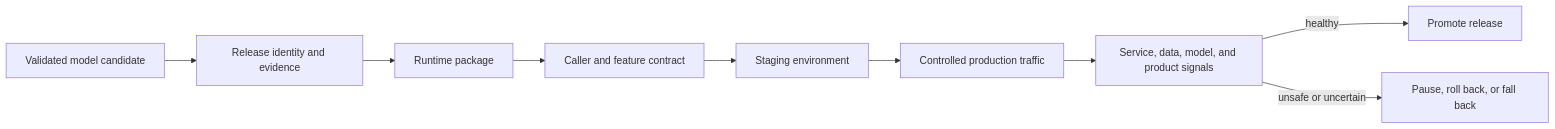
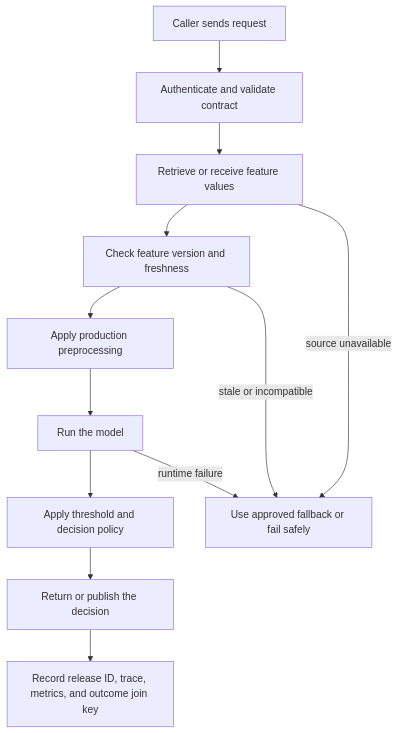
The second of 4 diagrams in roadmaps/mlops/modules/deployment-and-release-management/model-release-basics/01-what-changes-when-deploying-model.md (senlinyy/dev-roadmaps), drawn with Mermaid before and after one commit. The commit also changed other lines of this file and 198 other files, not shown here.

````diff
--- a/roadmaps/mlops/modules/deployment-and-release-management/model-release-basics/01-what-changes-when-deploying-model.md
+++ b/roadmaps/mlops/modules/deployment-and-release-management/model-release-basics/01-what-changes-when-deploying-model.md
@@ -17,11 +99,15 @@
 ```mermaid
-flowchart LR
-    C["Validated model candidate"] --> I["Release identity and evidence"]
-    I --> P["Runtime package"]
-    P --> K["Caller and feature contract"]
-    K --> E["Staging environment"]
-    E --> T["Controlled production traffic"]
-    T --> O["Service, data, model, and product signals"]
-    O -->|"healthy"| F["Promote release"]
-    O -->|"unsafe or uncertain"| R["Pause, roll back, or fall back"]
+flowchart TB
+    A["Caller sends request"] --> B["Authenticate and validate contract"]
+    B --> C["Retrieve or receive feature values"]
+    C --> D["Check feature version and freshness"]
+    D --> E["Apply production preprocessing"]
+    E --> F["Run the model"]
+    F --> G["Apply threshold and decision policy"]
+    G --> H["Return or publish the decision"]
+    H --> I["Record release ID, trace, metrics, and outcome join key"]
+
+    C -->|"source unavailable"| J["Use approved fallback or fail safely"]
+    D -->|"stale or incompatible"| J
+    F -->|"runtime failure"| J
 ```
````
